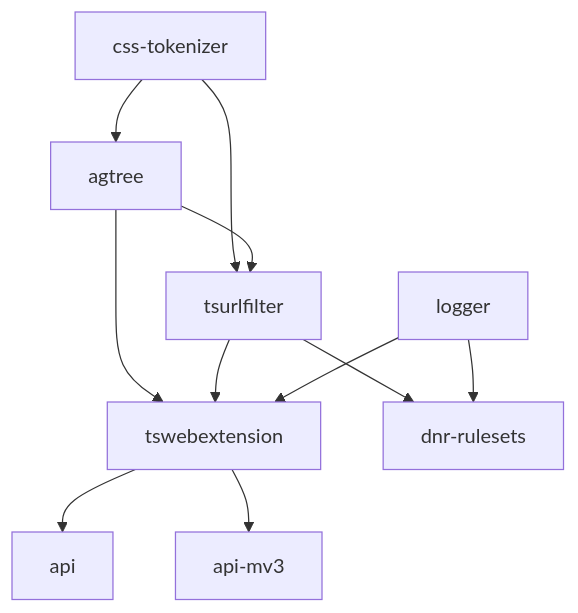
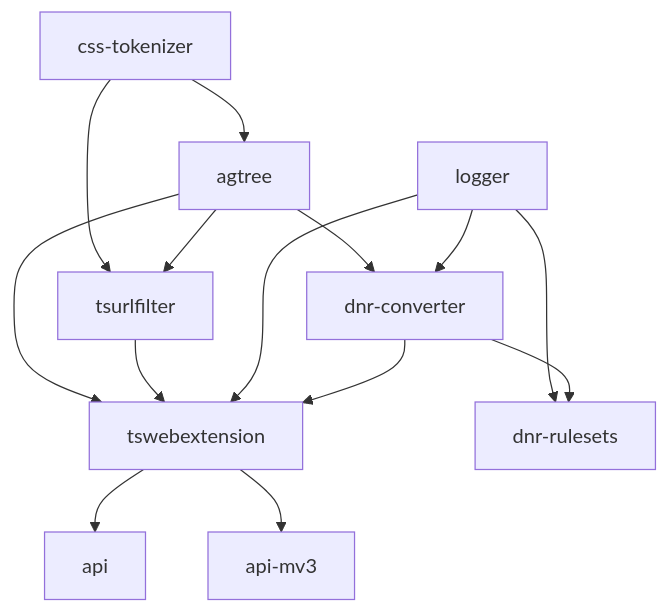
The diagram in AGENTS.md (AdguardTeam/tsurlfilter), drawn with Mermaid before and after one commit. The commit also changed other lines of this file and 311 other files, not shown here.

First line of the commit message:
Pull request 1728: AG-45668: extract dnr-converter from tsurlfilter as separate package

````diff
--- a/AGENTS.md
+++ b/AGENTS.md
@@ -59,13 +60,16 @@
 ```mermaid
 graph TD
     css-tokenizer --> agtree
     css-tokenizer --> tsurlfilter
     agtree --> tsurlfilter
     agtree --> tswebextension
+    agtree --> dnr-converter
     tsurlfilter --> tswebextension
-    tsurlfilter --> dnr-rulesets
     logger --> tswebextension
     logger --> dnr-rulesets
+    logger --> dnr-converter
+    dnr-converter --> tswebextension
+    dnr-converter --> dnr-rulesets
     tswebextension --> api
     tswebextension --> api-mv3
 ```
````
